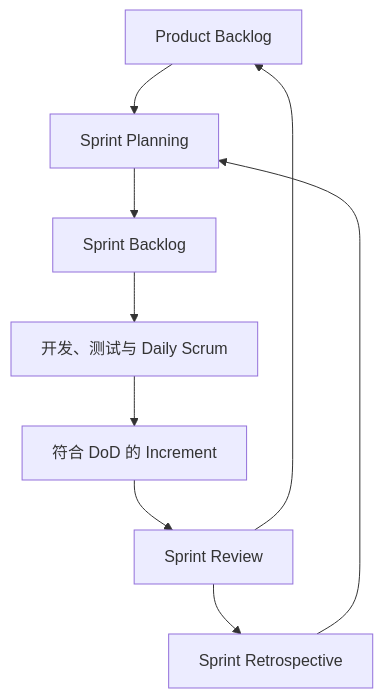
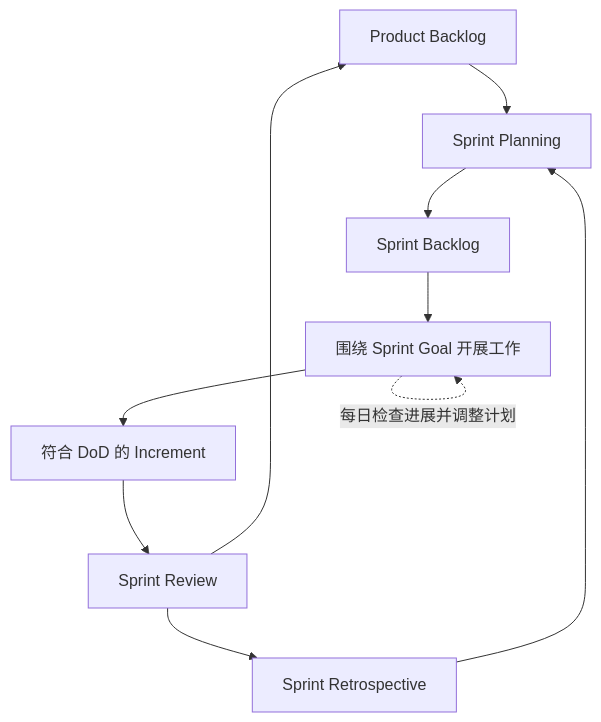
The second of 2 diagrams in chapters/02-software-development-process.md (ycyue/software-testing-course), drawn with Mermaid before and after one commit. The commit also changed other lines of this file, not shown here.

````diff
--- a/chapters/02-software-development-process.md
+++ b/chapters/02-software-development-process.md
@@ -144,11 +144,12 @@
 ```mermaid
 flowchart TD
     A[Product Backlog] --> B[Sprint Planning]
     B --> C[Sprint Backlog]
-    C --> D[开发、测试与 Daily Scrum]
+    C --> D[围绕 Sprint Goal 开展工作]
     D --> E[符合 DoD 的 Increment]
+    D -.每日检查进展并调整计划.-> D
     E --> F[Sprint Review]
     F --> A
     F --> G[Sprint Retrospective]
     G --> B
 ```
````
